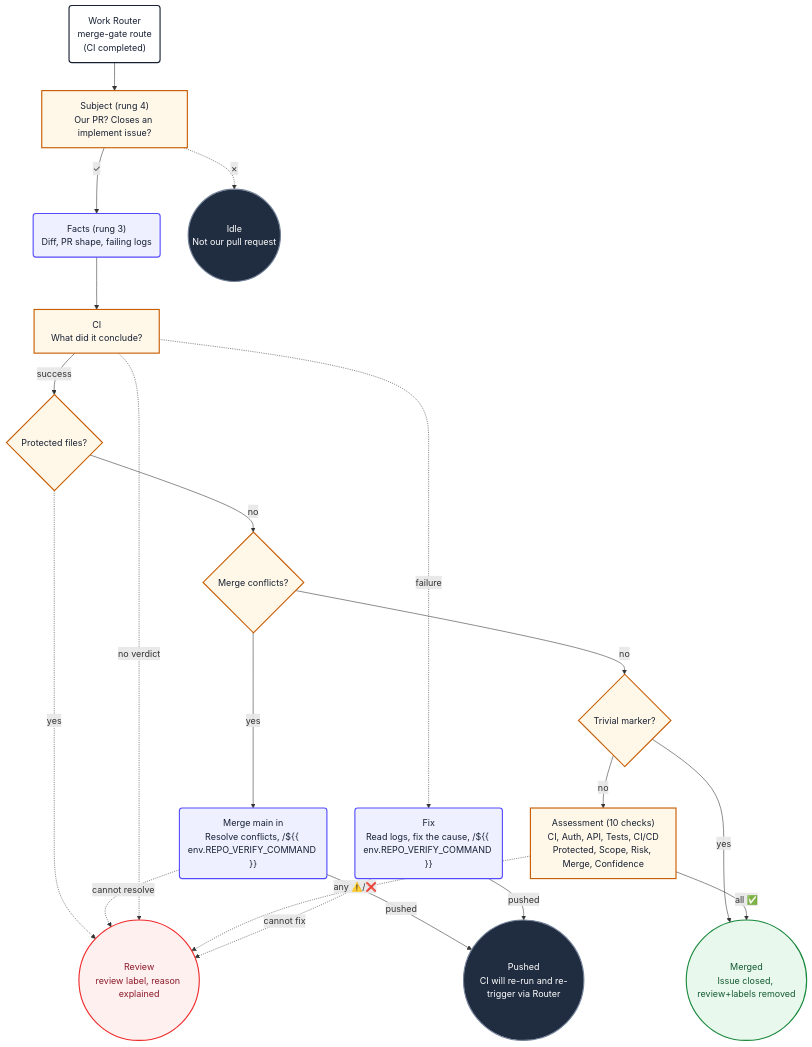
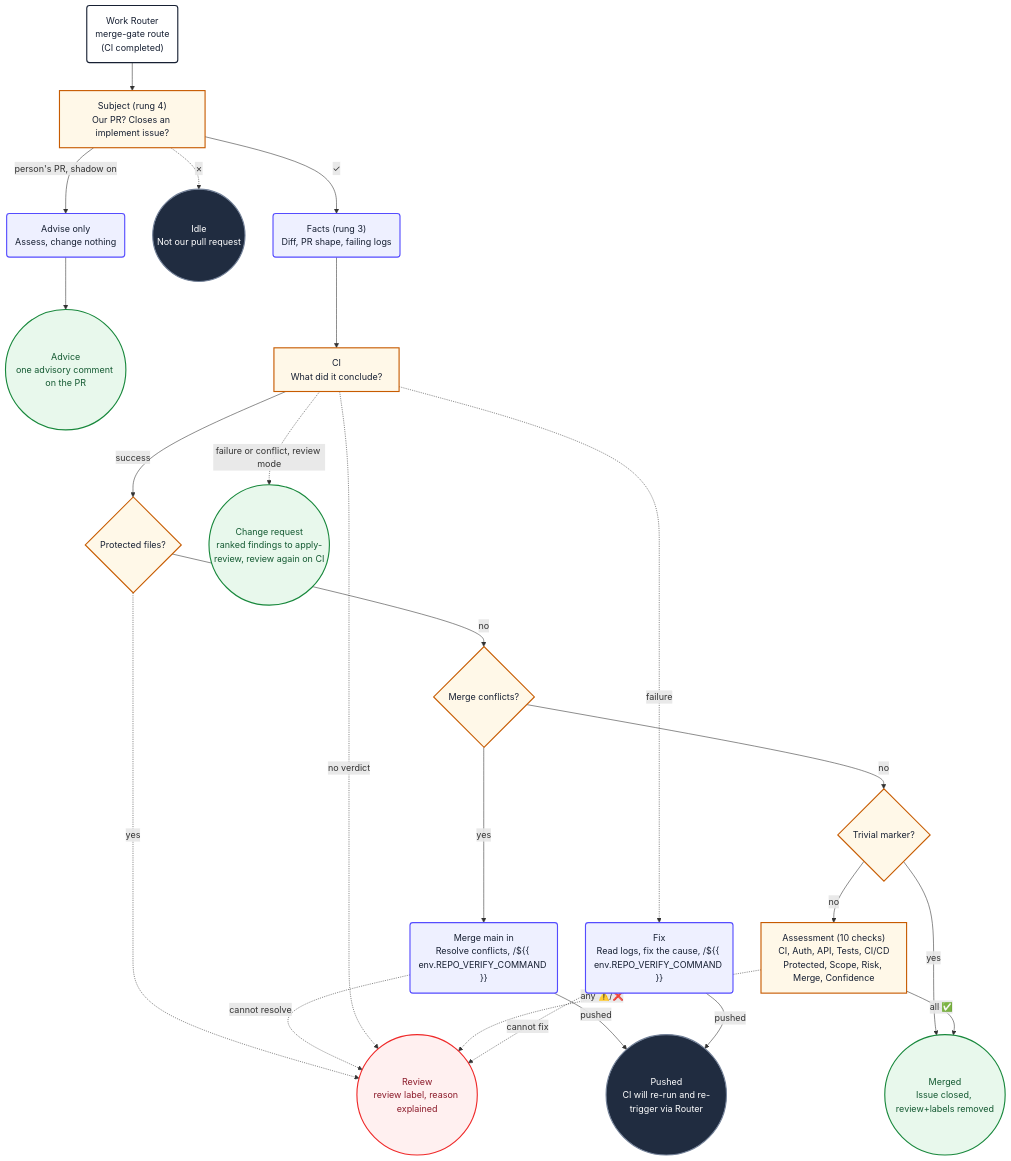
The diagram in .github/workflows/agent-merge-gate.md (PersonalCorpAcc/agentic-loop-chain), drawn with Mermaid before and after one commit. The commit also changed other lines of this file and 113 other files, not shown here.

Commit message:
Reinstall: software-factory 6cf9c6e, feature 007: eval set, gate shadow and review modes (T023, T026, T025) (main)

````diff
--- a/.github/workflows/agent-merge-gate.md
+++ b/.github/workflows/agent-merge-gate.md
@@ -1332,42 +1476,47 @@
 ```mermaid
 flowchart TD
     gateStart("Work Router<br/>merge-gate route<br/>(CI completed)") --> gateSubject
     gateSubject["Subject (rung 4)<br/>Our PR? Closes an implement issue?"] -->|✓| gateFacts
     gateSubject -.->|✗| gateIdle
+    gateSubject -->|person's PR, shadow on| gateAdviseFacts
+    gateAdviseFacts("Advise only<br/>Assess, change nothing") --> gateAdvise
+    gateAdvise(("Advice<br/>one advisory comment on the PR"))
     gateFacts("Facts (rung 3)<br/>Diff, PR shape, failing logs") --> gateCi
     gateCi["CI<br/>What did it conclude?"] -->|success| gateProtected
     gateProtected{"Protected files?"}
     gateProtected -.->|yes| gateHuman
     gateProtected -->|no| gateConflict
     gateConflict{"Merge conflicts?"}
     gateConflict -->|yes| gateRebase
     gateConflict -->|no| gateTrivial
     gateRebase("Merge main in<br/>Resolve conflicts, /${{ env.REPO_VERIFY_COMMAND }}") -->|pushed| gateWait
     gateRebase -.->|cannot resolve| gateHuman
     gateTrivial{"Trivial marker?"}
     gateTrivial -->|yes| gateMerge
     gateTrivial -->|no| gateAssess
     gateCi -.->|failure| gateFix
+    gateCi -.->|failure or conflict, review mode| gateRequest
+    gateRequest(("Change request<br/>ranked findings to apply-review, review again on CI"))
     gateCi -.->|no verdict| gateHuman
     gateAssess["Assessment (10 checks)<br/>CI, Auth, API, Tests, CI/CD<br/>Protected, Scope, Risk, Merge, Confidence"] -->|all ✅| gateMerge
     gateAssess -.->|any ⚠️/❌| gateHuman
     gateFix("Fix<br/>Read logs, fix the cause, /${{ env.REPO_VERIFY_COMMAND }}") -->|pushed| gateWait
     gateFix -.->|cannot fix| gateHuman
     gateMerge(("Merged<br/>Issue closed, review+labels removed"))
     gateWait(("Pushed<br/>CI will re-run and re-trigger via Router"))
     gateHuman(("Review<br/>review label, reason explained"))
     gateIdle(("Idle<br/>Not our pull request"))
 
     classDef start fill:#ffffff,stroke:#172033,stroke-width:2px,color:#172033
     classDef action fill:#eef0ff,stroke:#554cff,stroke-width:2px,color:#172033
     classDef decision fill:#fff8e8,stroke:#c75b00,stroke-width:2px,color:#172033
     classDef idle fill:#202c40,stroke:#738198,stroke-width:2px,color:#ffffff
     classDef failure fill:#fff0f0,stroke:#ef2929,stroke-width:2px,color:#8b1a2a
     classDef success fill:#e8f8ec,stroke:#18883c,stroke-width:2px,color:#145a32
     class gateStart start
-    class gateFacts,gateFix,gateRebase action
+    class gateFacts,gateFix,gateRebase,gateAdviseFacts action
     class gateSubject,gateCi,gateAssess,gateTrivial,gateConflict,gateProtected decision
     class gateIdle,gateWait idle
     class gateHuman failure
-    class gateMerge success
+    class gateMerge,gateAdvise,gateRequest success
 ```
````
